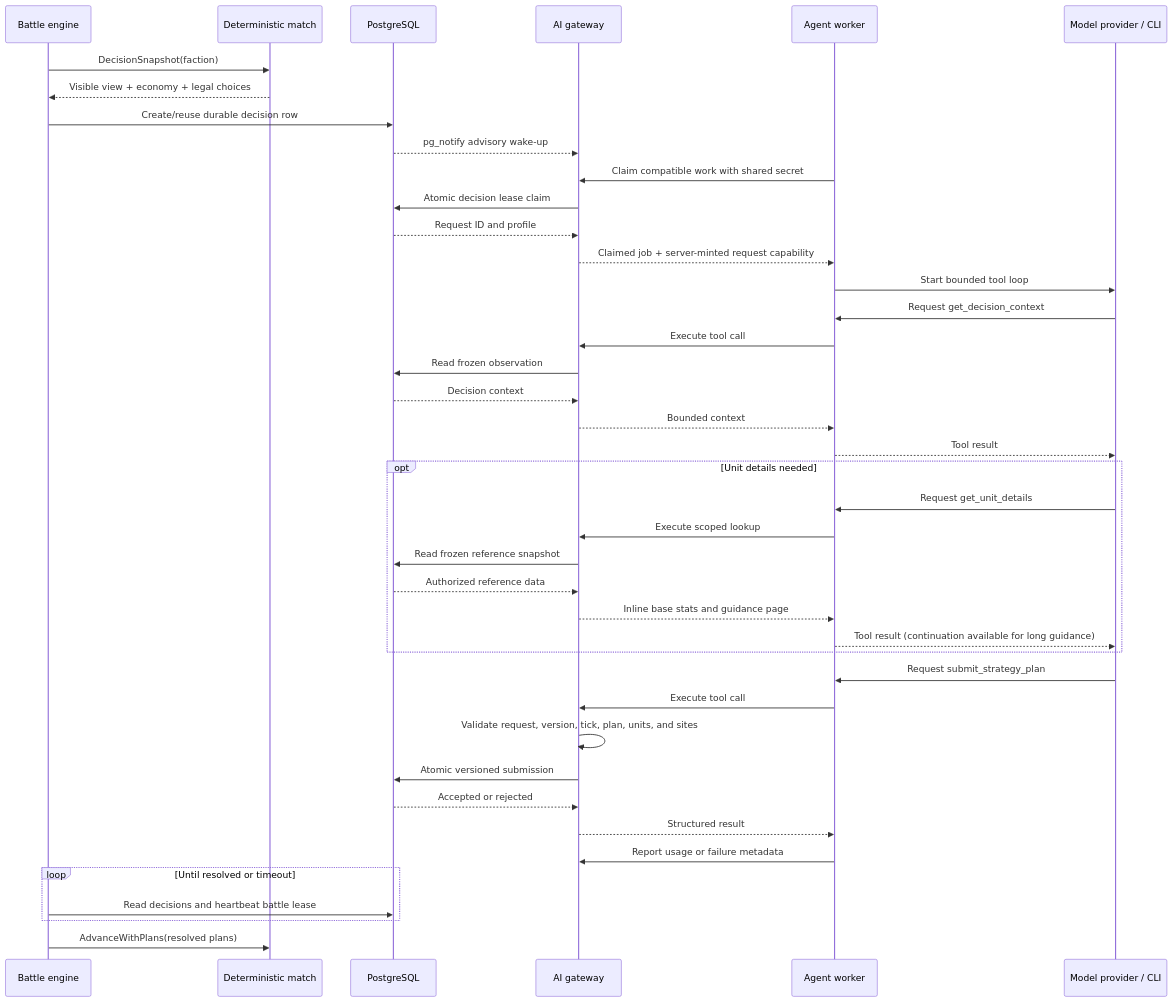
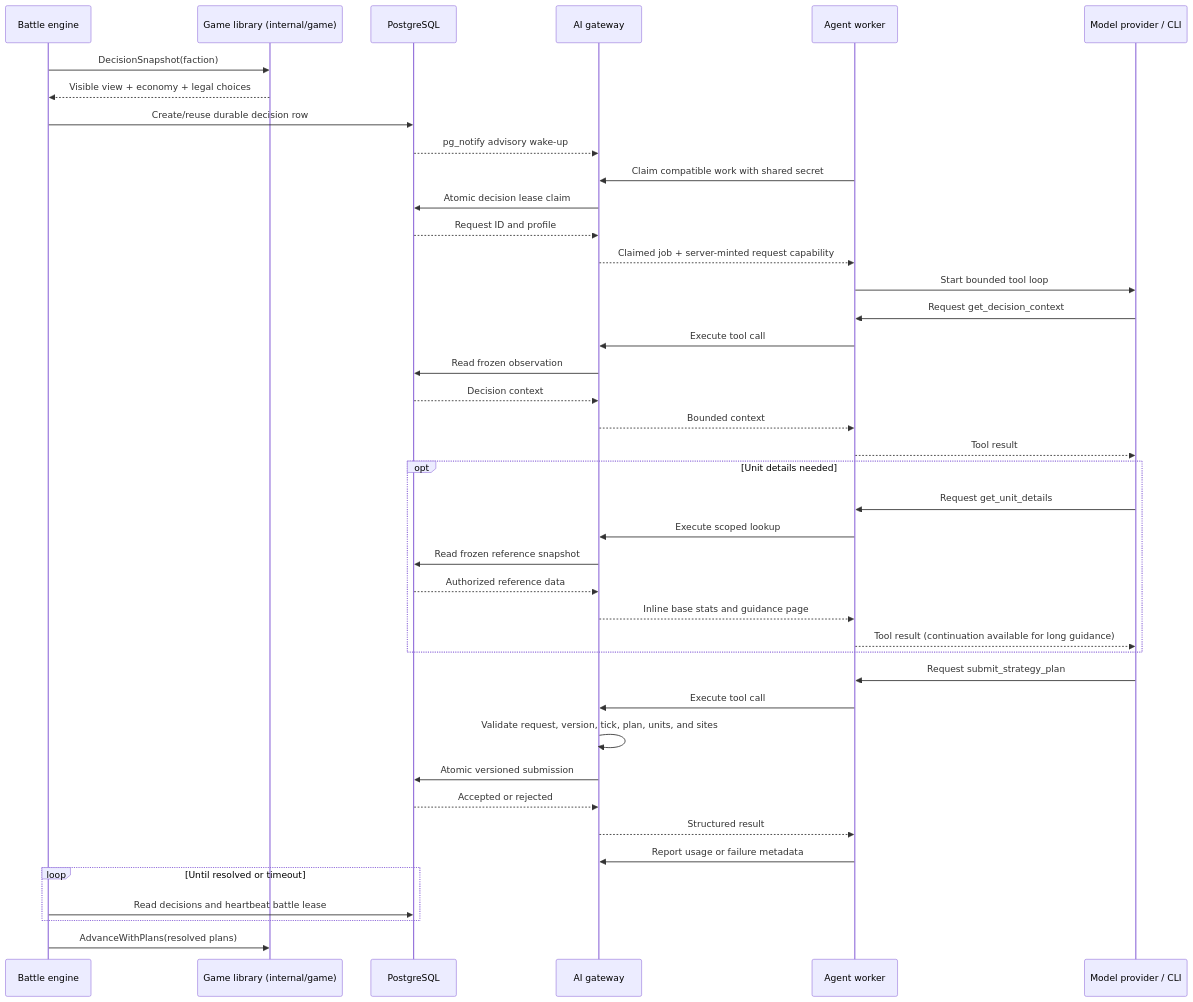
One commit to twhAuto/autonomous_battlefield changed the third of 3 diagrams in docs/architecture/system-architecture.md. Above: the diagram before and after it, drawn with Mermaid. The commit also changed other lines of this file, not shown here.

Commit message:
AB-144: name the game library in runtime sequence diagrams

````diff
--- a/docs/architecture/system-architecture.md
+++ b/docs/architecture/system-architecture.md
@@ -211,44 +216,44 @@
 ```mermaid
 sequenceDiagram
     participant Engine as Battle engine
-    participant Match as Deterministic match
+    participant Match as Game library (internal/game)
     participant DB as PostgreSQL
     participant Gateway as AI gateway
     participant Agent as Agent worker
     participant Model as Model provider / CLI
 
     Engine->>Match: DecisionSnapshot(faction)
     Match-->>Engine: Visible view + economy + legal choices
     Engine->>DB: Create/reuse durable decision row
     DB-->>Gateway: pg_notify advisory wake-up
     Agent->>Gateway: Claim compatible work with shared secret
     Gateway->>DB: Atomic decision lease claim
     DB-->>Gateway: Request ID and profile
     Gateway-->>Agent: Claimed job + server-minted request capability
     Agent->>Model: Start bounded tool loop
     Model->>Agent: Request get_decision_context
     Agent->>Gateway: Execute tool call
     Gateway->>DB: Read frozen observation
     DB-->>Gateway: Decision context
     Gateway-->>Agent: Bounded context
     Agent-->>Model: Tool result
     opt Unit details needed
         Model->>Agent: Request get_unit_details
         Agent->>Gateway: Execute scoped lookup
         Gateway->>DB: Read frozen reference snapshot
         DB-->>Gateway: Authorized reference data
         Gateway-->>Agent: Inline base stats and guidance page
         Agent-->>Model: Tool result (continuation available for long guidance)
     end
     Model->>Agent: Request submit_strategy_plan
     Agent->>Gateway: Execute tool call
     Gateway->>Gateway: Validate request, version, tick, plan, units, and sites
     Gateway->>DB: Atomic versioned submission
     DB-->>Gateway: Accepted or rejected
     Gateway-->>Agent: Structured result
     Agent->>Gateway: Report usage or failure metadata
     loop Until resolved or timeout
         Engine->>DB: Read decisions and heartbeat battle lease
     end
     Engine->>Match: AdvanceWithPlans(resolved plans)
 ```
````
